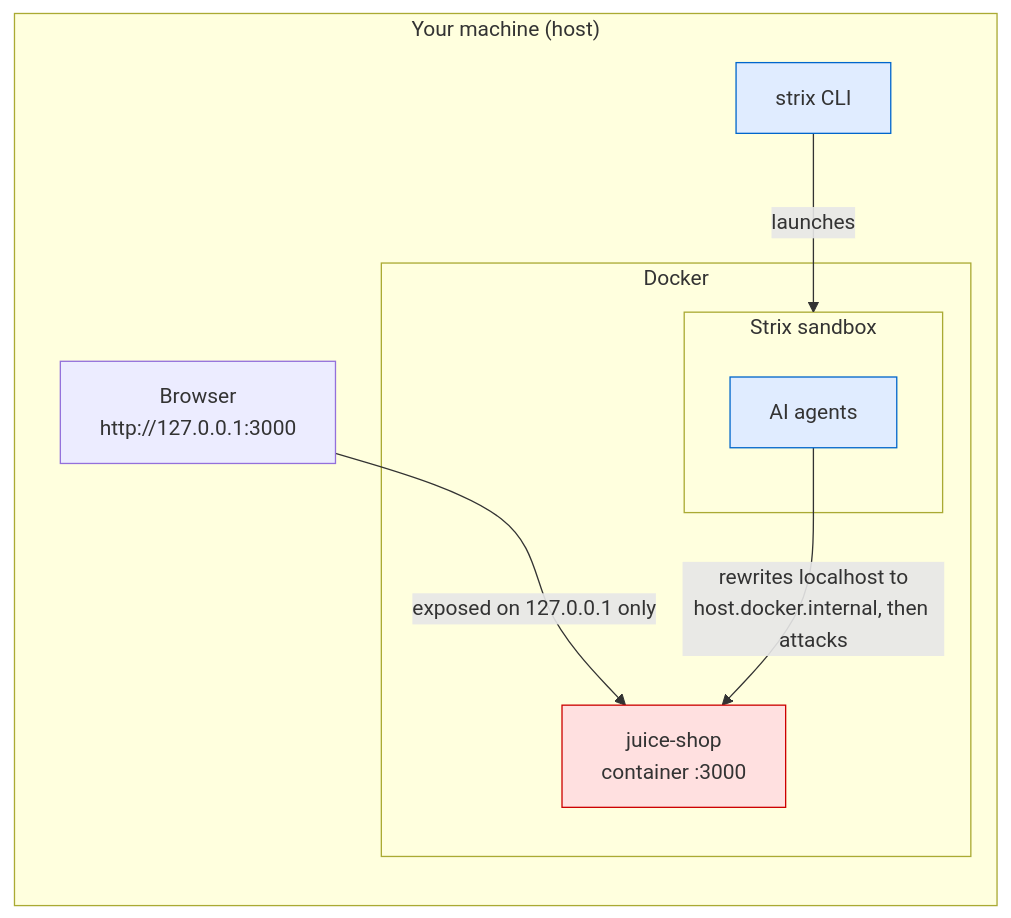
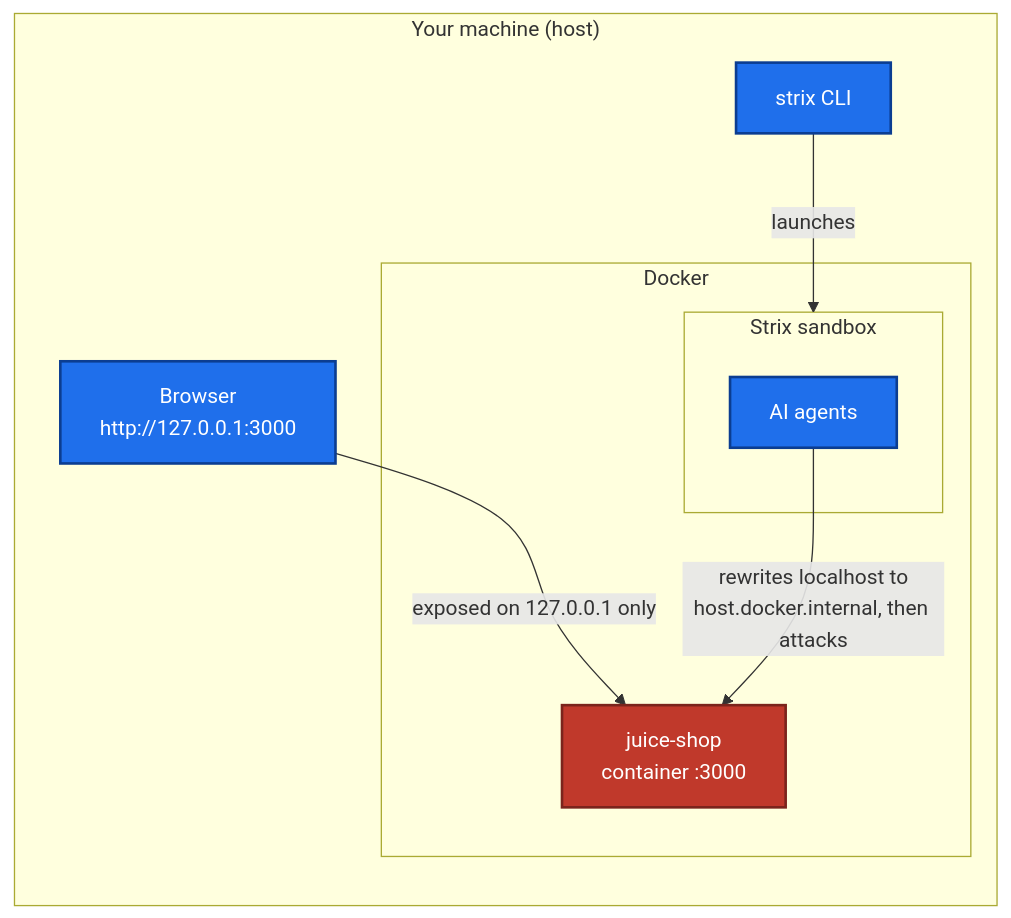
One commit to Cosmo2357/strix-juiceshop-local changed the diagram in README.md. Above: the diagram before and after it, drawn with Mermaid.

Commit message:
Fix Mermaid colors for readability in light and dark themes
Use solid fills with explicit white text so nodes stay legible on
GitHub's dark background instead of pale fills with default text color.

````diff
--- a/README.md
+++ b/README.md
@@ -10,23 +10,23 @@
 ```mermaid
 flowchart LR
     subgraph host["Your machine (host)"]
         browser["Browser<br/>http://127.0.0.1:3000"]
         cli["strix CLI"]
 
         subgraph docker["Docker"]
             juice["juice-shop<br/>container :3000"]
             subgraph sandbox["Strix sandbox"]
                 agent["AI agents"]
             end
         end
     end
 
     browser -->|"exposed on 127.0.0.1 only"| juice
     cli -->|launches| sandbox
     agent -->|"rewrites localhost to<br/>host.docker.internal, then attacks"| juice
 
-    classDef target fill:#ffe0e0,stroke:#c00;
-    classDef tool fill:#e0ecff,stroke:#06c;
+    classDef target fill:#c0392b,stroke:#7b241c,stroke-width:2px,color:#ffffff;
+    classDef tool fill:#1f6feb,stroke:#0b3d91,stroke-width:2px,color:#ffffff;
     class juice target;
-    class agent,cli tool;
+    class agent,cli,browser tool;
 ```
````
